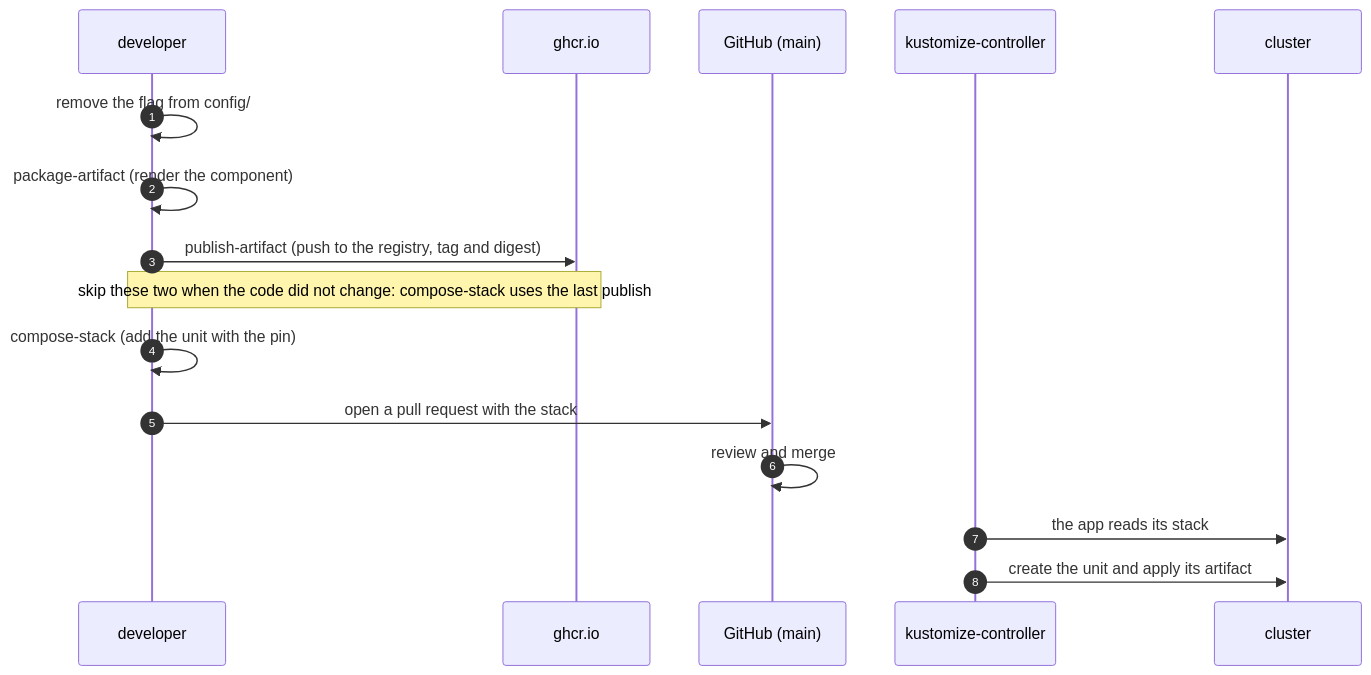
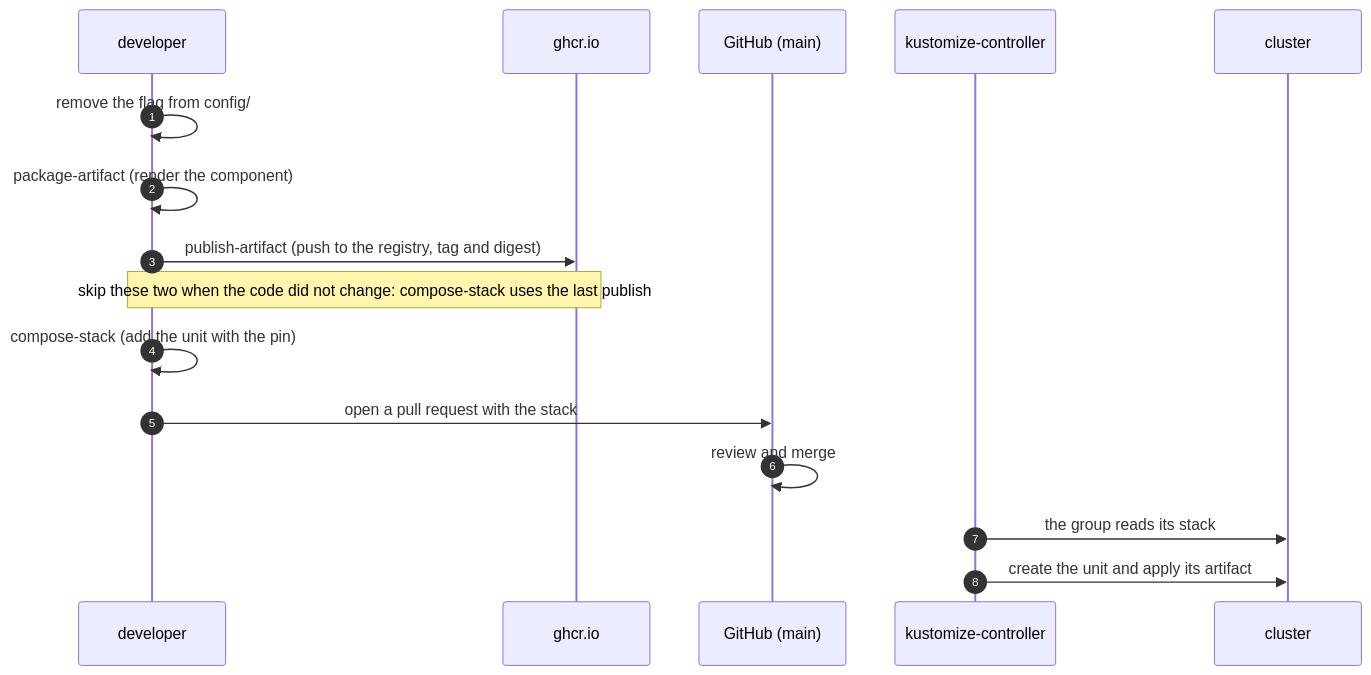
The fourth of 4 diagrams in code/mcp-sandbox/part-3-mcp-guardrails/docs/orchestration.md (raghav19/engineersdaybook), drawn with Mermaid before and after one commit. The commit also changed other lines of this file and 35 other files, not shown here.

````diff
--- a/code/mcp-sandbox/part-3-mcp-guardrails/docs/orchestration.md
+++ b/code/mcp-sandbox/part-3-mcp-guardrails/docs/orchestration.md
@@ -121,19 +123,19 @@
 ```mermaid
 sequenceDiagram
     autonumber
     participant D as developer
     participant R as ghcr.io
     participant G as GitHub (main)
     participant C as kustomize-controller
     participant K as cluster
 
     D->>D: remove the flag from config/
     D->>D: package-artifact (render the component)
     D->>R: publish-artifact (push to the registry, tag and digest)
     Note over D,R: skip these two when the code did not change: compose-stack uses the last publish
     D->>D: compose-stack (add the unit with the pin)
     D->>G: open a pull request with the stack
     G->>G: review and merge
-    C->>K: the app reads its stack
+    C->>K: the group reads its stack
     C->>K: create the unit and apply its artifact
 ```
````
